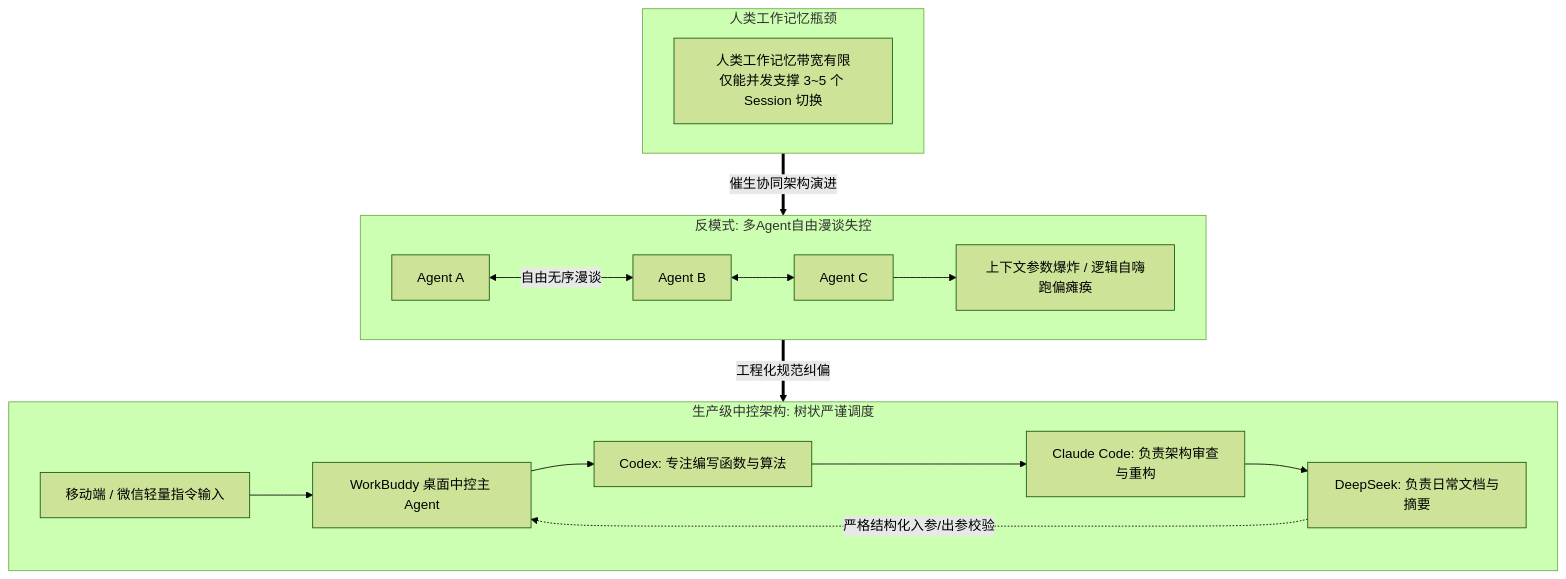
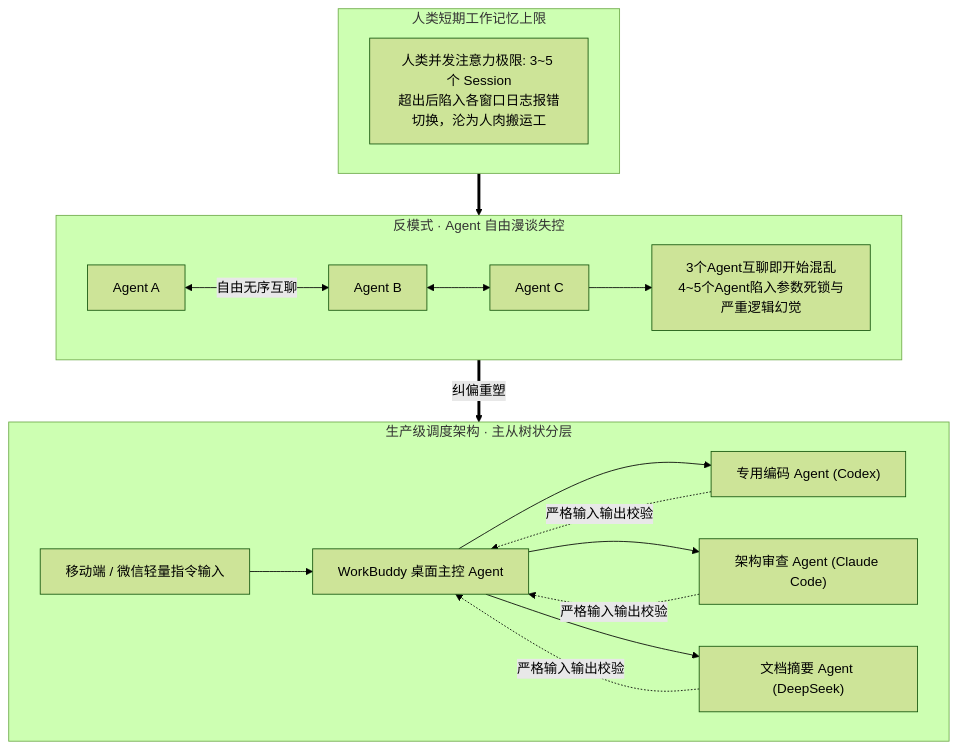
The seventh of 11 diagrams in content/live-20261102-01.md (dollarser/knowledge), drawn with Mermaid (forest theme) before and after one commit. The commit also changed other lines of this file and 1 other file, not shown here.

Commit message:
docs: enrich 2026-11-02 and 2026-11-03 with full-case deep distillation, small tools and tricks

````diff
--- a/content/live-20261102-01.md
+++ b/content/live-20261102-01.md
@@ -65,23 +233,23 @@
 ```mermaid
 flowchart TD
-    subgraph Human["人类工作记忆瓶颈"]
-        Brain["人类工作记忆带宽有限<br/>仅能并发支撑 3~5 个 Session 切换"]
+    subgraph Bottleneck["人类短期工作记忆上限"]
+        B["人类并发注意力极限: 3~5 个 Session<br/>超出后陷入各窗口日志报错切换，沦为人肉搬运工"]
     end
 
-    subgraph ChaosMode["反模式: 多Agent自由漫谈失控"]
-        A1["Agent A"] <-->|自由无序漫谈| A2["Agent B"]
-        A2 <--> A3["Agent C"]
-        A3 --> Chaos["上下文参数爆炸 / 逻辑自嗨跑偏瘫痪"]
+    subgraph AntiPattern["反模式 · Agent 自由漫谈失控"]
+        P1["Agent A"] <-->|自由无序互聊| P2["Agent B"]
+        P2 <--> P3["Agent C"]
+        P3 --> Collapse["3个Agent互聊即开始混乱<br/>4~5个Agent陷入参数死锁与严重逻辑幻觉"]
     end
 
-    subgraph CentralMode["生产级中控架构: 树状严谨调度"]
-        Mobile["移动端 / 微信轻量指令输入"] --> Master["WorkBuddy 桌面中控主 Agent"]
-        Master --> Sub1["Codex: 专注编写函数与算法"]
-        Sub1 --> Sub2["Claude Code: 负责架构审查与重构"]
-        Sub2 --> Sub3["DeepSeek: 负责日常文档与摘要"]
-        Sub3 -.->|严格结构化入参/出参校验| Master
+    subgraph MasterWorker["生产级调度架构 · 主从树状分层"]
+        UI["移动端 / 微信轻量指令输入"] --> Boss["WorkBuddy 桌面主控 Agent"]
+        Boss --> Sub1["专用编码 Agent (Codex)"]
+        Boss --> Sub2["架构审查 Agent (Claude Code)"]
+        Boss --> Sub3["文档摘要 Agent (DeepSeek)"]
+        Sub1 & Sub2 & Sub3 -.->|严格输入输出校验| Boss
     end
 
-    Human ==>|催生协同架构演进| ChaosMode
-    ChaosMode ==>|工程化规范纠偏| CentralMode
+    Bottleneck ==> AntiPattern
+    AntiPattern ==>|纠偏重塑| MasterWorker
 ```
````
